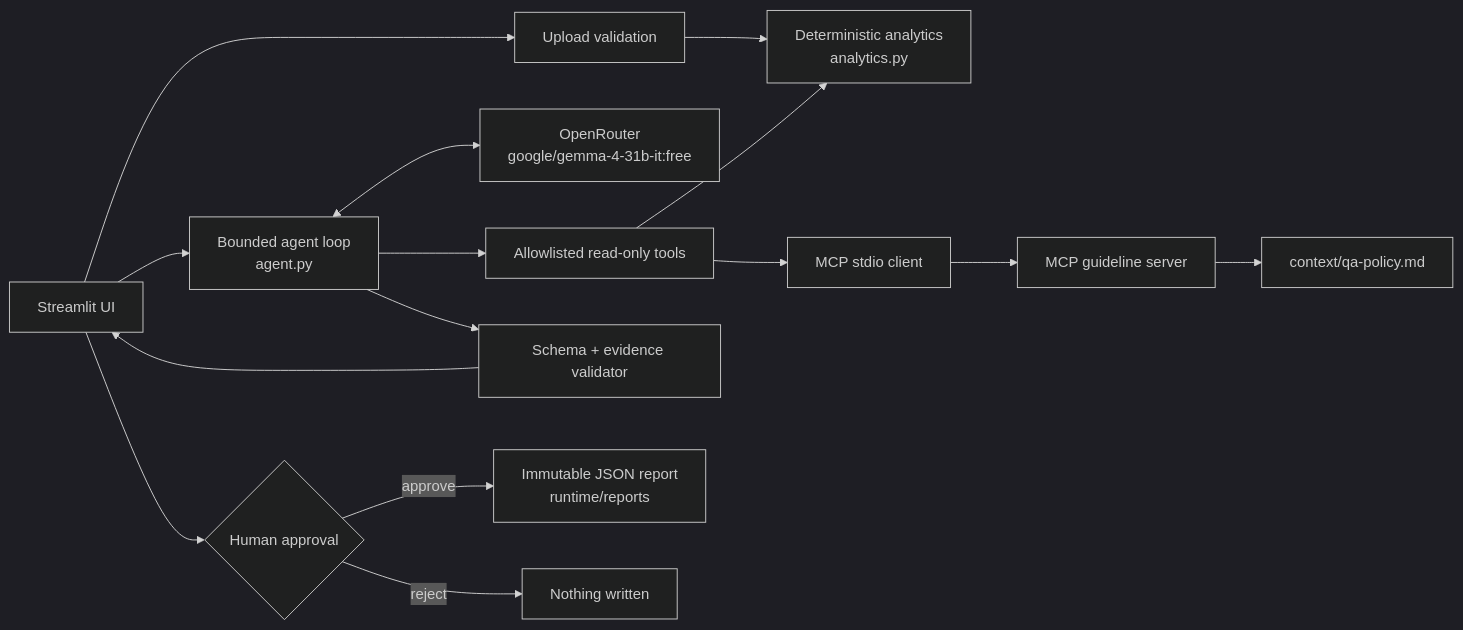
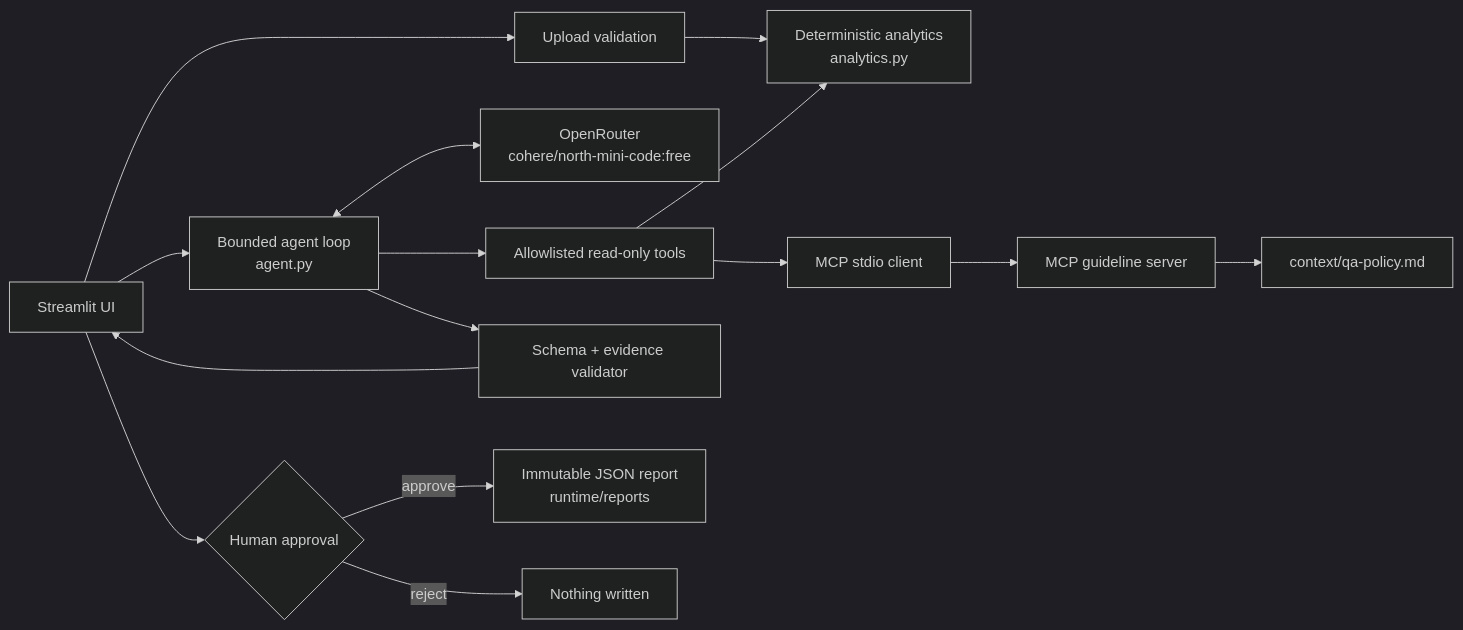
The diagram in README.md (Ghada1425/releasepulse-ai-agent), drawn with Mermaid (dark theme) before and after one commit. The commit also changed other lines of this file and 15 other files, not shown here.

First line of the commit message:
Verify live agent on cohere/north-mini-code:free and record live A/B subset

````diff
--- a/README.md
+++ b/README.md
@@ -60,17 +61,17 @@
 ```mermaid
 flowchart LR
     U[Streamlit UI] --> V[Upload validation]
     V --> D[Deterministic analytics<br/>analytics.py]
     U --> A[Bounded agent loop<br/>agent.py]
-    A <--> L[OpenRouter<br/>google/gemma-4-31b-it:free]
+    A <--> L[OpenRouter<br/>cohere/north-mini-code:free]
     A --> T[Allowlisted read-only tools]
     T --> D
     T --> C[MCP stdio client]
     C --> S[MCP guideline server]
     S --> K[context/qa-policy.md]
     A --> G[Schema + evidence validator]
     G --> U
     U --> H{Human approval}
     H -- approve --> R[Immutable JSON report<br/>runtime/reports]
     H -- reject --> X[Nothing written]
 ```
````
